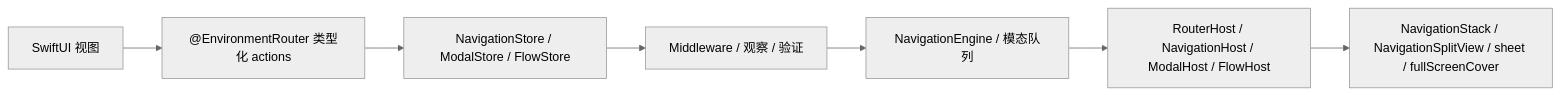
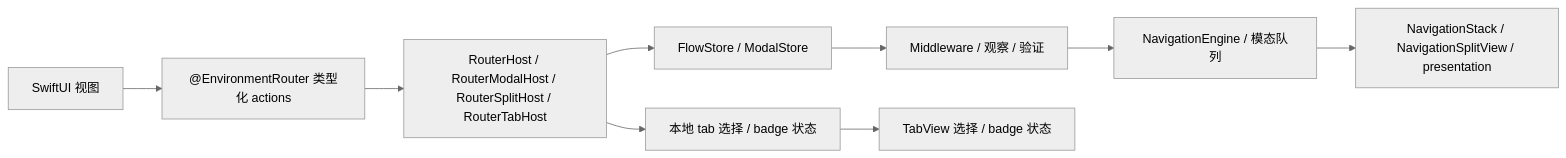
One commit to InnoSquadCorp/InnoRouter changed the first of 2 diagrams in README.zh-Hans.md. Above: the diagram before and after it, drawn with Mermaid (neutral theme). The commit also changed other lines of this file and 9 other files, not shown here.

````diff
--- a/README.zh-Hans.md
+++ b/README.zh-Hans.md
@@ -278,9 +347,11 @@
 ```mermaid
 flowchart LR
     View["SwiftUI 视图"] --> Actions["@EnvironmentRouter 类型化 actions"]
-    Actions --> Store["NavigationStore / ModalStore / FlowStore"]
+    Actions --> Host["RouterHost / RouterModalHost / RouterSplitHost / RouterTabHost"]
+    Host --> Store["FlowStore / ModalStore"]
+    Host --> Tabs["本地 tab 选择 / badge 状态"]
     Store --> Policy["Middleware / 观察 / 验证"]
     Policy --> Execution["NavigationEngine / 模态队列"]
-    Execution --> Host["RouterHost / NavigationHost / ModalHost / FlowHost"]
-    Host --> System["NavigationStack / NavigationSplitView / sheet / fullScreenCover"]
+    Execution --> Routed["NavigationStack / NavigationSplitView / presentation"]
+    Tabs --> TabView["TabView 选择 / badge 状态"]
 ```
````
